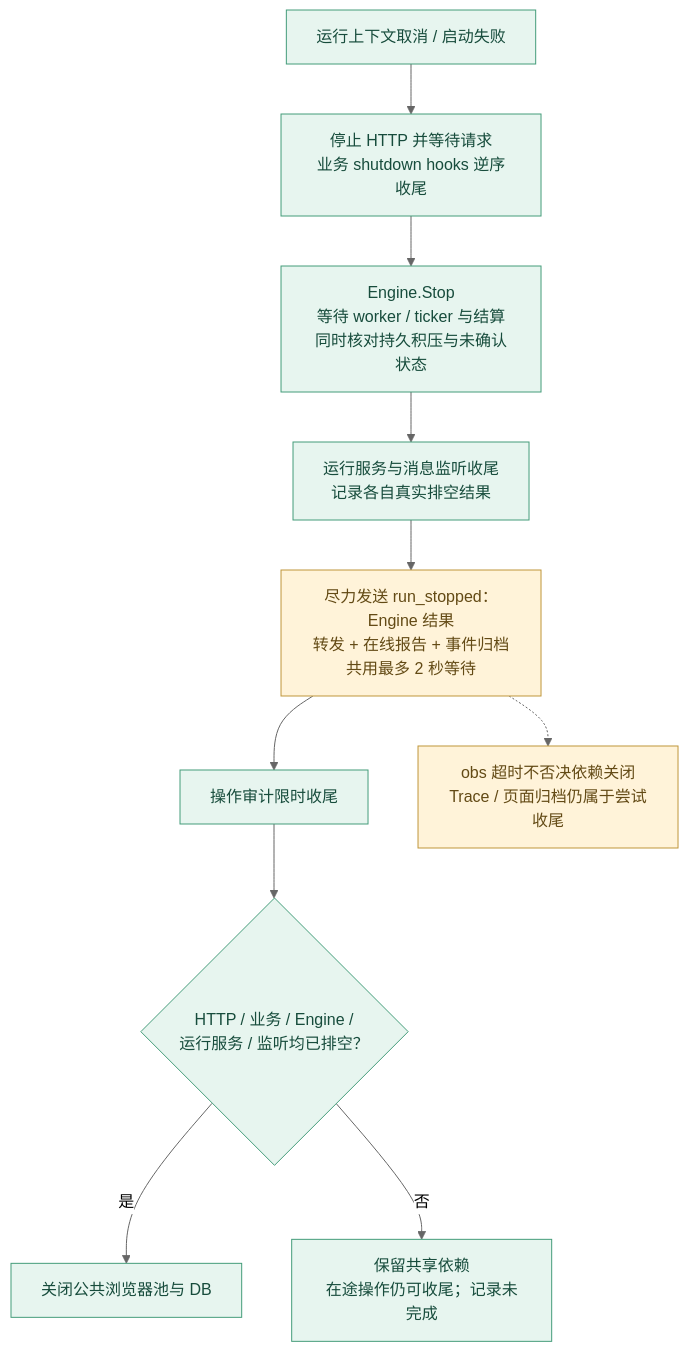
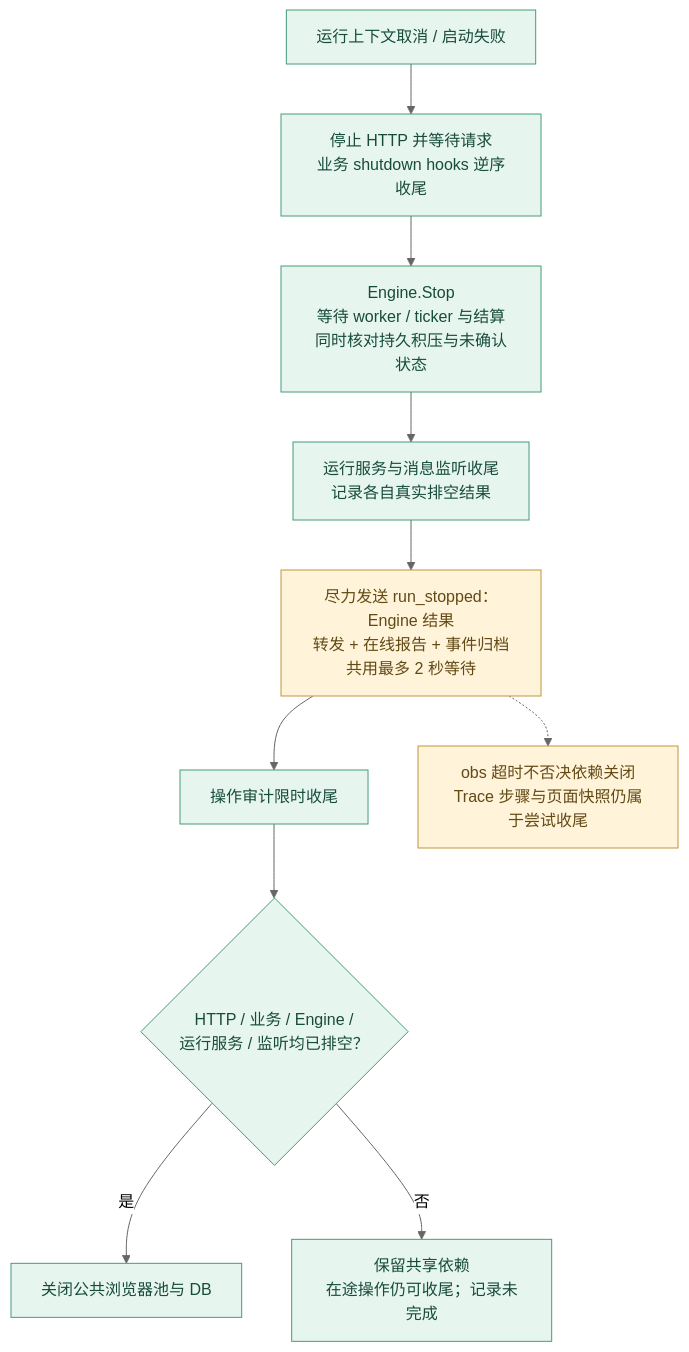
The diagram in docs/assets/diagrams/06-lifecycle.mmd (ydtg1993/papa), drawn with Mermaid (neutral theme) before and after one commit. The commit also changed 196 other files, not shown here.

```diff
--- a/docs/assets/diagrams/06-lifecycle.mmd
+++ b/docs/assets/diagrams/06-lifecycle.mmd
@@ -1,14 +1,14 @@
 flowchart TB
     A["运行上下文取消 / 启动失败"] --> B["停止 HTTP 并等待请求<br/>业务 shutdown hooks 逆序收尾"]
     B --> C["Engine.Stop<br/>等待 worker / ticker 与结算<br/>同时核对持久积压与未确认状态"]
     C --> D["运行服务与消息监听收尾<br/>记录各自真实排空结果"]
     D --> E["尽力发送 run_stopped：Engine 结果<br/>转发 + 在线报告 + 事件归档<br/>共用最多 2 秒等待"]
     E --> F["操作审计限时收尾"]
     F --> G{"HTTP / 业务 / Engine /<br/>运行服务 / 监听均已排空？"}
     G -->|是| H["关闭公共浏览器池与 DB"]
     G -->|否| I["保留共享依赖<br/>在途操作仍可收尾；记录未完成"]
-    E -.-> N["obs 超时不否决依赖关闭<br/>Trace / 页面归档仍属于尝试收尾"]
+    E -.-> N["obs 超时不否决依赖关闭<br/>Trace 步骤与页面快照仍属于尝试收尾"]
     classDef runtime fill:#e7f5ef,color:#174c3c,stroke:#449c7a;
     classDef observe fill:#fff3d9,color:#634a15,stroke:#bf963b;
     class A,B,C,D,F,G,H,I runtime;
     class E,N observe;
```
